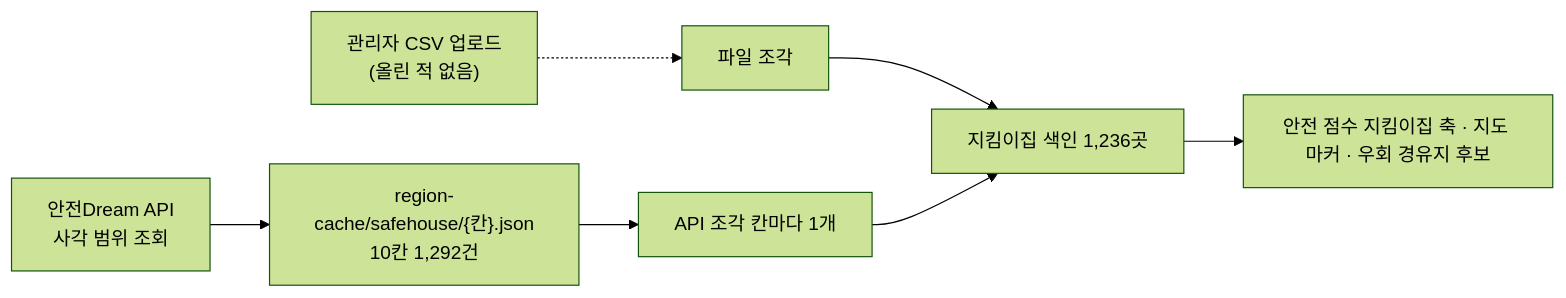
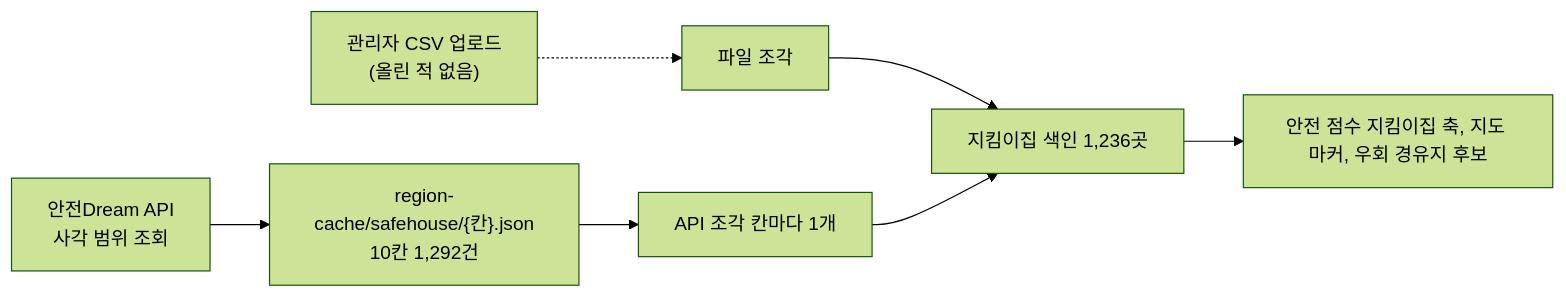
One commit to soo-ai-agent/bueongi-backend changed the diagram in docs/safety-spots/safehouse.md. Above: the diagram before and after it, drawn with Mermaid (forest theme). The commit also changed other lines of this file and 8 other files, not shown here.

````diff
--- a/docs/safety-spots/safehouse.md
+++ b/docs/safety-spots/safehouse.md
@@ -13,9 +13,9 @@
 ```mermaid
 flowchart LR
     API["안전Dream API<br/>사각 범위 조회"] --> RC["region-cache/safehouse/{칸}.json<br/>10칸 1,292건"]
     RC --> REGION["API 조각 칸마다 1개"]
     UP["관리자 CSV 업로드<br/>(올린 적 없음)"] -.-> FILE["파일 조각"]
     FILE --> IDX["지킴이집 색인 1,236곳"]
     REGION --> IDX
-    IDX --> USE["안전 점수 지킴이집 축 · 지도 마커 · 우회 경유지 후보"]
+    IDX --> USE["안전 점수 지킴이집 축, 지도 마커, 우회 경유지 후보"]
 ```
````
